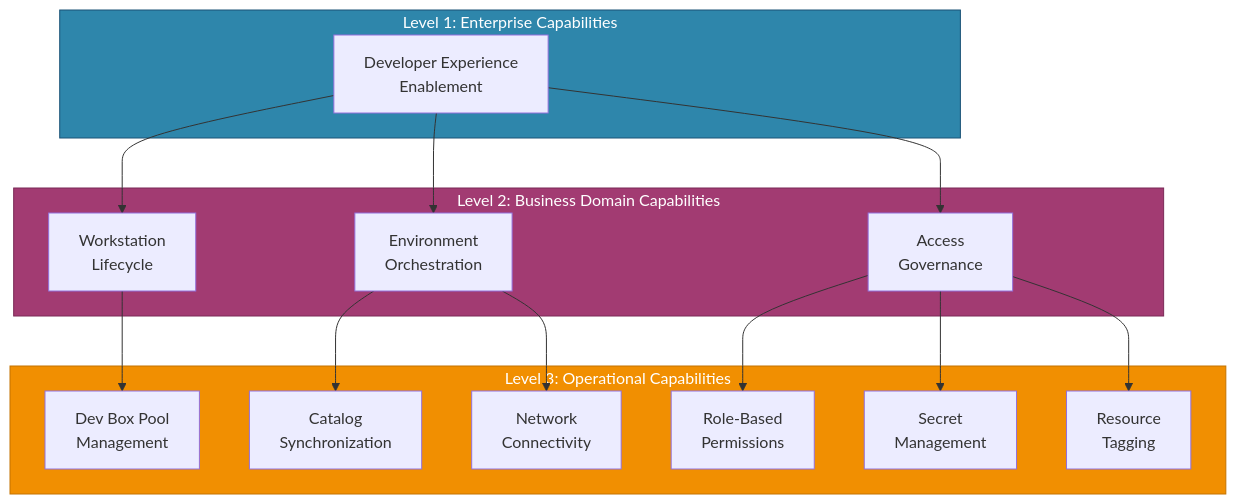
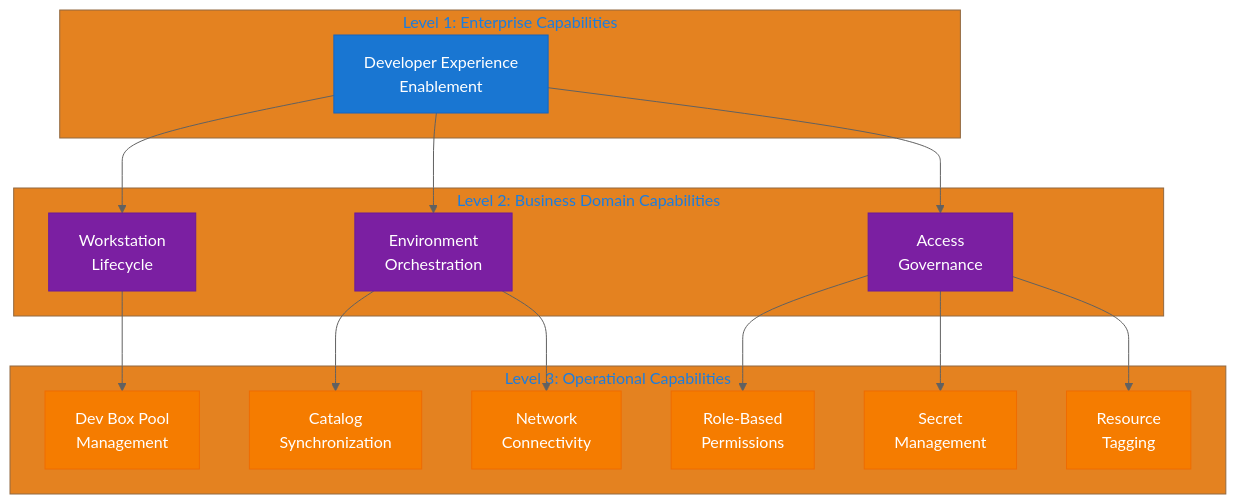
Before and after one commit to Evilazaro/DevExp-DevBox: the second of 6 diagrams in docs/architecture/business.md, drawn with Mermaid. The commit also changed other lines of this file, not shown here.

Commit message:
docs: enhance Business Architecture document with improved Mermaid diagrams and styling for clarity

````diff
--- a/docs/architecture/business.md
+++ b/docs/architecture/business.md
@@ -90,35 +97,41 @@
 ```mermaid
+%%{init: {'theme': 'base', 'themeVariables': { 'primaryColor': '#1976D2', 'lineColor': '#616161'}}}%%
 flowchart TB
     subgraph L1["Level 1: Enterprise Capabilities"]
-        style L1 fill:#2E86AB,stroke:#1a5276,color:#fff
         EC1["Developer Experience<br/>Enablement"]
     end
 
     subgraph L2["Level 2: Business Domain Capabilities"]
-        style L2 fill:#A23B72,stroke:#7a2956,color:#fff
         DC1["Workstation<br/>Lifecycle"]
         DC2["Environment<br/>Orchestration"]
         DC3["Access<br/>Governance"]
     end
 
     subgraph L3["Level 3: Operational Capabilities"]
-        style L3 fill:#F18F01,stroke:#c47301,color:#fff
         OC1["Dev Box Pool<br/>Management"]
         OC2["Catalog<br/>Synchronization"]
         OC3["Role-Based<br/>Permissions"]
         OC4["Secret<br/>Management"]
         OC5["Network<br/>Connectivity"]
         OC6["Resource<br/>Tagging"]
     end
 
     EC1 --> DC1
     EC1 --> DC2
     EC1 --> DC3
 
     DC1 --> OC1
     DC2 --> OC2
     DC2 --> OC5
     DC3 --> OC3
     DC3 --> OC4
     DC3 --> OC6
+
+    classDef level1Style fill:#1976D2,stroke:#1565C0,color:#FFFFFF
+    classDef level2Style fill:#7B1FA2,stroke:#6A1B9A,color:#FFFFFF
+    classDef level3Style fill:#F57C00,stroke:#EF6C00,color:#FFFFFF
+
+    class EC1 level1Style
+    class DC1,DC2,DC3 level2Style
+    class OC1,OC2,OC3,OC4,OC5,OC6 level3Style
 ```
````
